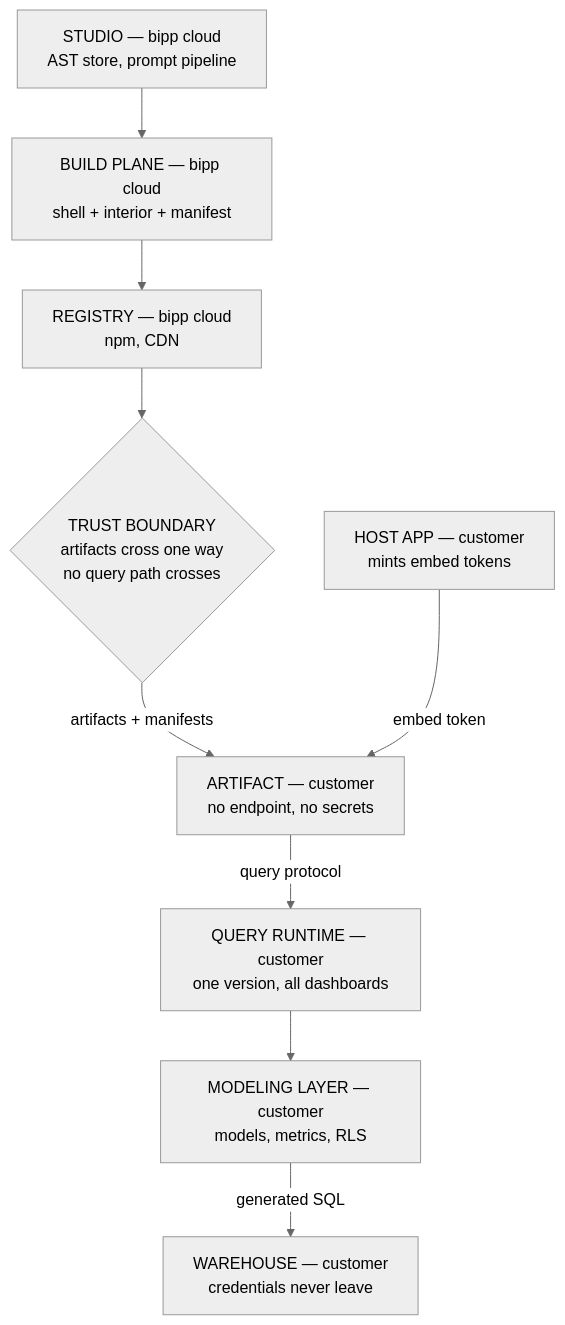
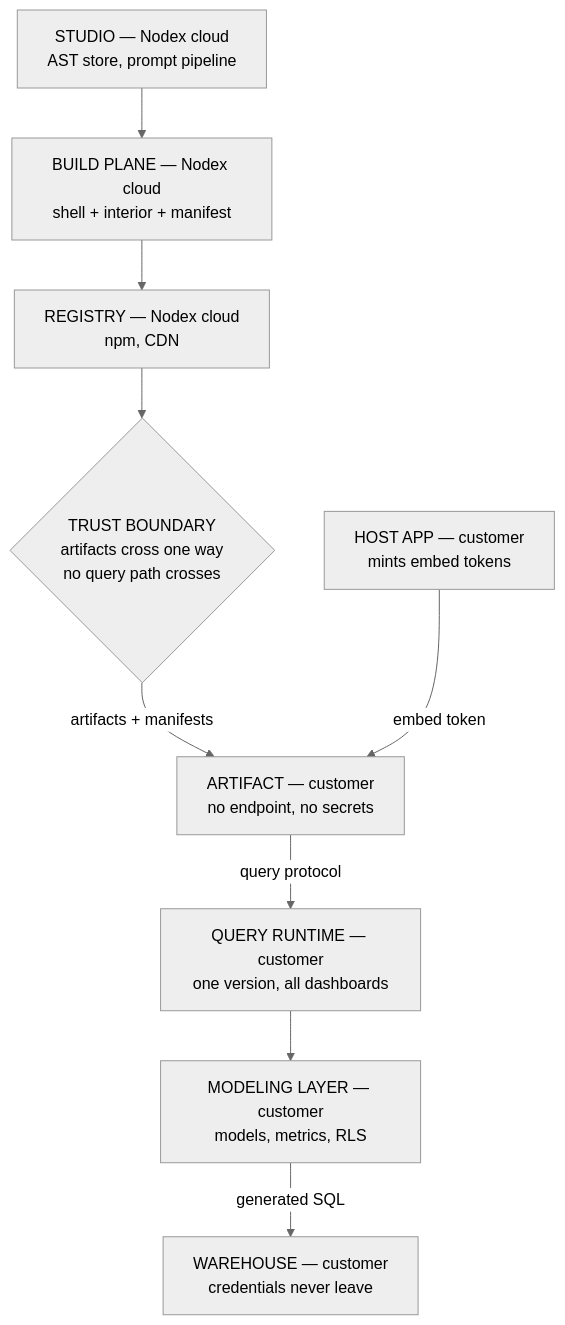
One commit to Nodex-Studio/nodex-website changed the diagram in diagrams/system-context.mmd. Above: the diagram before and after it, drawn with Mermaid (neutral theme). The commit also changed 19 other files, not shown here.

First line of the commit message:
Rename product to Nodex Studio; add product positioning section

```diff
--- a/diagrams/system-context.mmd
+++ b/diagrams/system-context.mmd
@@ -1,28 +1,28 @@
 graph TD
-  studio["STUDIO — bipp cloud
+  studio["STUDIO — Nodex cloud
 AST store, prompt pipeline"]
-  build["BUILD PLANE — bipp cloud
+  build["BUILD PLANE — Nodex cloud
 shell + interior + manifest"]
-  reg["REGISTRY — bipp cloud
+  reg["REGISTRY — Nodex cloud
 npm, CDN"]
   boundary{"TRUST BOUNDARY
 artifacts cross one way
 no query path crosses"}
   art["ARTIFACT — customer
 no endpoint, no secrets"]
   host["HOST APP — customer
 mints embed tokens"]
   rt["QUERY RUNTIME — customer
 one version, all dashboards"]
   model["MODELING LAYER — customer
 models, metrics, RLS"]
   wh["WAREHOUSE — customer
 credentials never leave"]
   studio --> build
   build --> reg
   reg --> boundary
   boundary -- "artifacts + manifests" --> art
   host -- "embed token" --> art
   art -- "query protocol" --> rt
   rt --> model
   model -- "generated SQL" --> wh
```
